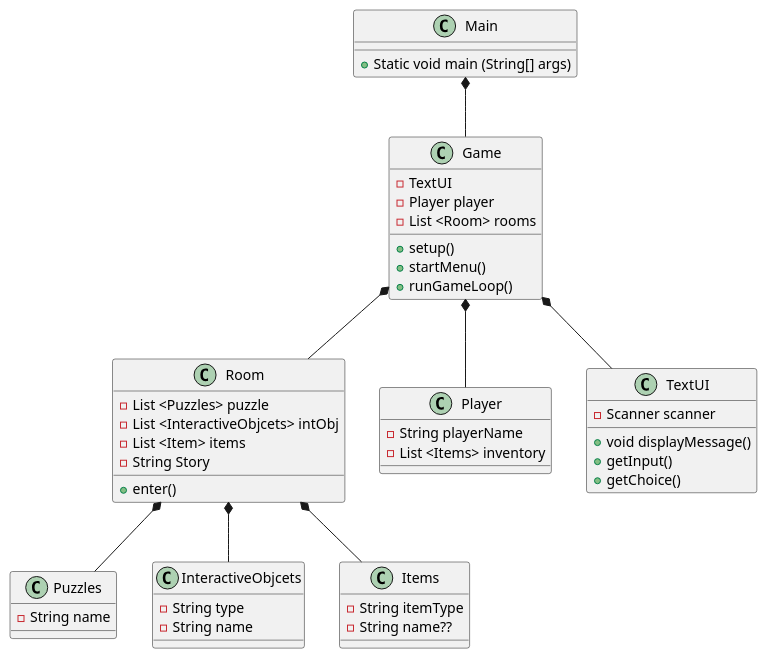
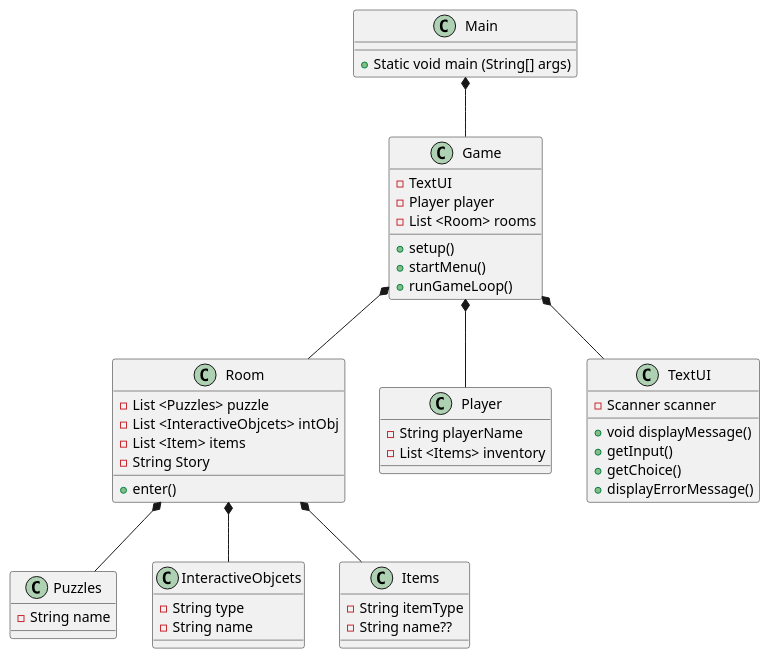
The diagram in doc/Classediagram.puml (Shiihon/ICEProject), drawn with PlantUML before and after one commit.

Commit message:
Classdiagram

```diff
--- a/doc/Classediagram.puml
+++ b/doc/Classediagram.puml
@@ -1,66 +1,67 @@
 @startuml
 class Main
 class Game
 class Room
 class Player
 class TextUI
 class Puzzles
 class InteractiveObjcets
 class Items
 
 
 
 Main *--Game
 Game *-- Room
 Game *-- Player
 Room *-- Puzzles
 Room *-- InteractiveObjcets
 Game *-- TextUI
 Room *-- Items
 
 
 
 Main : + Static void main (String[] args)
 
 Game : - TextUI
 Game : - Player player
 Game : - List <Room> rooms
 Game : + setup()
 Game : + startMenu()
 Game : + runGameLoop()
 
 
 Room : - List <Puzzles> puzzle
 Room : - List <InteractiveObjcets> intObj
 Room : - List <Item> items
 Room : - String Story
 Room : + enter()
 
 Player : - String playerName
 Player : - List <Items> inventory
 
 TextUI : - Scanner scanner
 TextUI : + void displayMessage()
 TextUI : + getInput()
 TextUI : + getChoice()
+TextUI : + displayErrorMessage()
 
 
 Puzzles : - String name
 
 InteractiveObjcets : - String type
 InteractiveObjcets : - String name
 
 Items : - String itemType
 Items : - String name??
 
 
 
 
 
 
 
 
 
 
 
 @enduml
```
